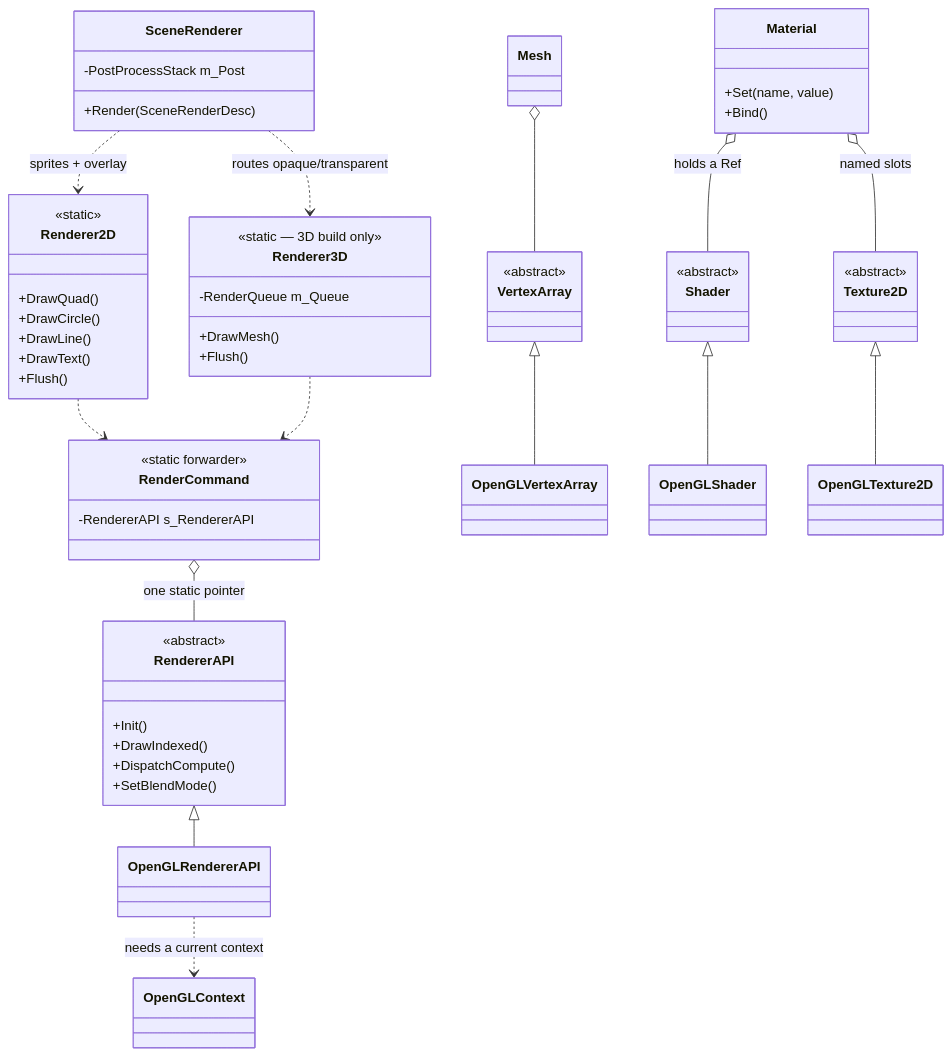
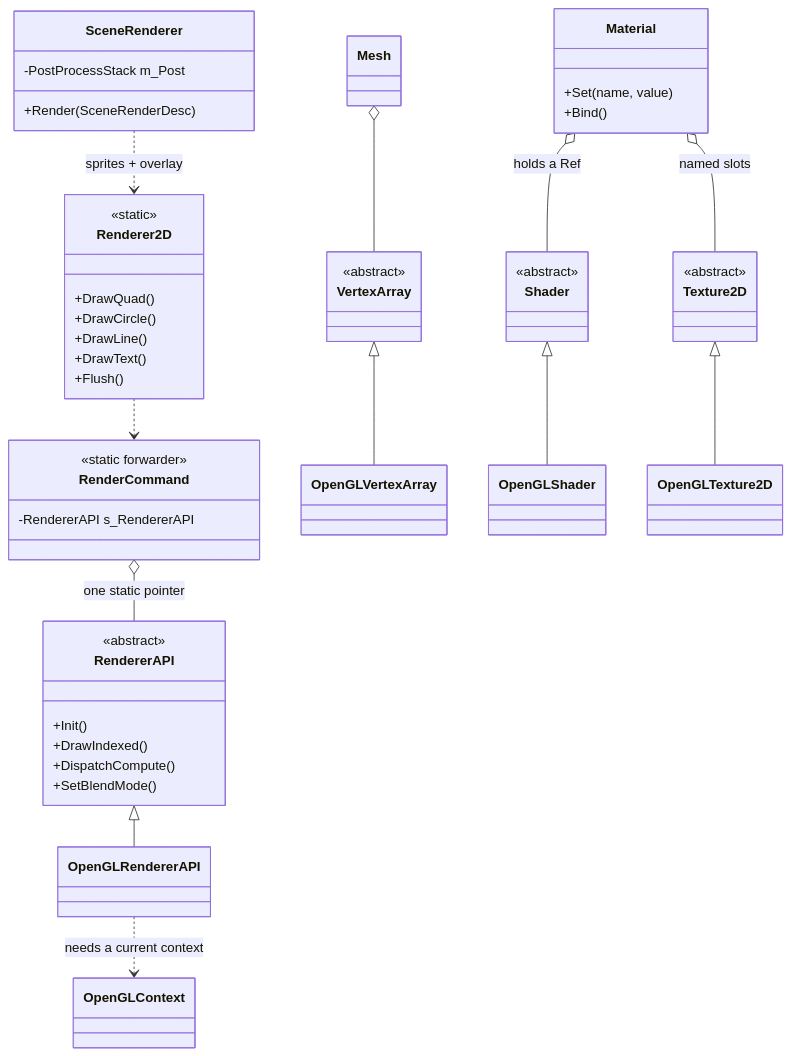
The second of 2 diagrams in README.md (kdadabhoy/Cosmic), drawn with Mermaid before and after one commit. The commit also changed other lines of this file and 77 other files, not shown here.

````diff
--- a/README.md
+++ b/README.md
@@ -1942,68 +1918,60 @@
 ```mermaid
 classDiagram
     direction TB
     class Renderer2D {
         <<static>>
         +DrawQuad()
         +DrawCircle()
         +DrawLine()
         +DrawText()
         +Flush()
-    }
-    class Renderer3D {
-        <<static — 3D build only>>
-        +DrawMesh()
-        +Flush()
-        -RenderQueue m_Queue
     }
     class SceneRenderer {
         +Render(SceneRenderDesc)
         -PostProcessStack m_Post
     }
     class RenderCommand {
         <<static forwarder>>
         -RendererAPI s_RendererAPI
     }
     class RendererAPI {
         <<abstract>>
         +Init()
         +DrawIndexed()
         +DispatchCompute()
         +SetBlendMode()
     }
     class OpenGLRendererAPI
     class OpenGLContext
 
     class VertexArray {
         <<abstract>>
     }
     class Shader {
         <<abstract>>
     }
     class Texture2D {
         <<abstract>>
     }
     class Material {
         +Set(name, value)
         +Bind()
     }
     class Mesh
     class OpenGLVertexArray
     class OpenGLShader
     class OpenGLTexture2D
 
-    SceneRenderer ..> Renderer3D : routes opaque/transparent
     SceneRenderer ..> Renderer2D : sprites + overlay
     Renderer2D ..> RenderCommand
-    Renderer3D ..> RenderCommand
     RenderCommand o-- RendererAPI : one static pointer
     RendererAPI <|-- OpenGLRendererAPI
     OpenGLRendererAPI ..> OpenGLContext : needs a current context
 
     Material o-- Shader : holds a Ref
     Material o-- Texture2D : named slots
     Mesh o-- VertexArray
     VertexArray <|-- OpenGLVertexArray
     Shader <|-- OpenGLShader
     Texture2D <|-- OpenGLTexture2D
 ```
````
